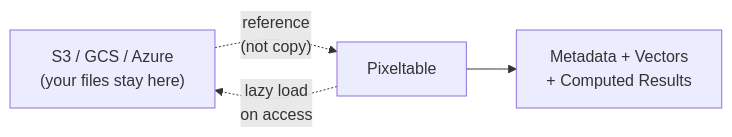
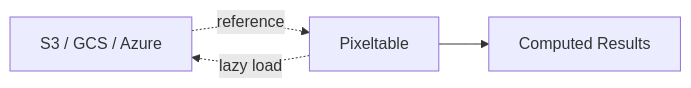
The second of 2 diagrams in docs/release/howto/deployment/infrastructure.mdx (pixeltable/pixeltable), drawn with Mermaid before and after one commit. The commit also changed 1 other file, not shown here.

Commit message:
Clean up mermaid diagrams for Mintlify rendering
- overview.mdx: Use Tabs component for before/after comparison instead
  of side-by-side subgraphs. Simplify node labels to avoid \n escapes
  that render literally in Mintlify's mermaid.

- infrastructure.mdx: Simplify References diagram to clean single-line
  node labels with edge labels for 'reference' and 'lazy load'.

````diff
--- a/docs/release/howto/deployment/infrastructure.mdx
+++ b/docs/release/howto/deployment/infrastructure.mdx
@@ -213,10 +213,6 @@
 ```mermaid
 flowchart LR
-    S3["S3 / GCS / Azure\n(your files stay here)"]
-    PXT["Pixeltable"]
-    Meta["Metadata + Vectors\n+ Computed Results"]
-
-    S3 -. "reference\n(not copy)" .-> PXT
-    PXT --> Meta
-    PXT -. "lazy load\non access" .-> S3
+    S3[S3 / GCS / Azure] -. reference .-> PXT[Pixeltable]
+    PXT --> Meta[Computed Results]
+    PXT -. lazy load .-> S3
 ```
````
